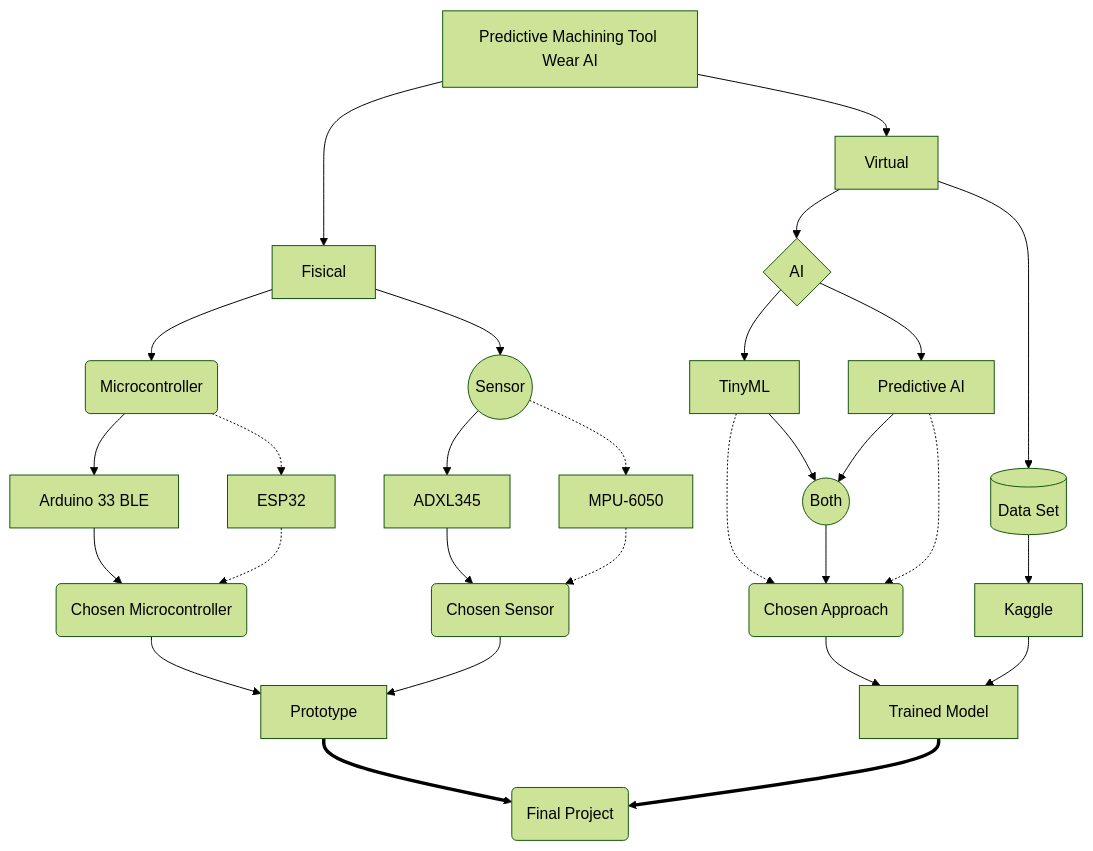
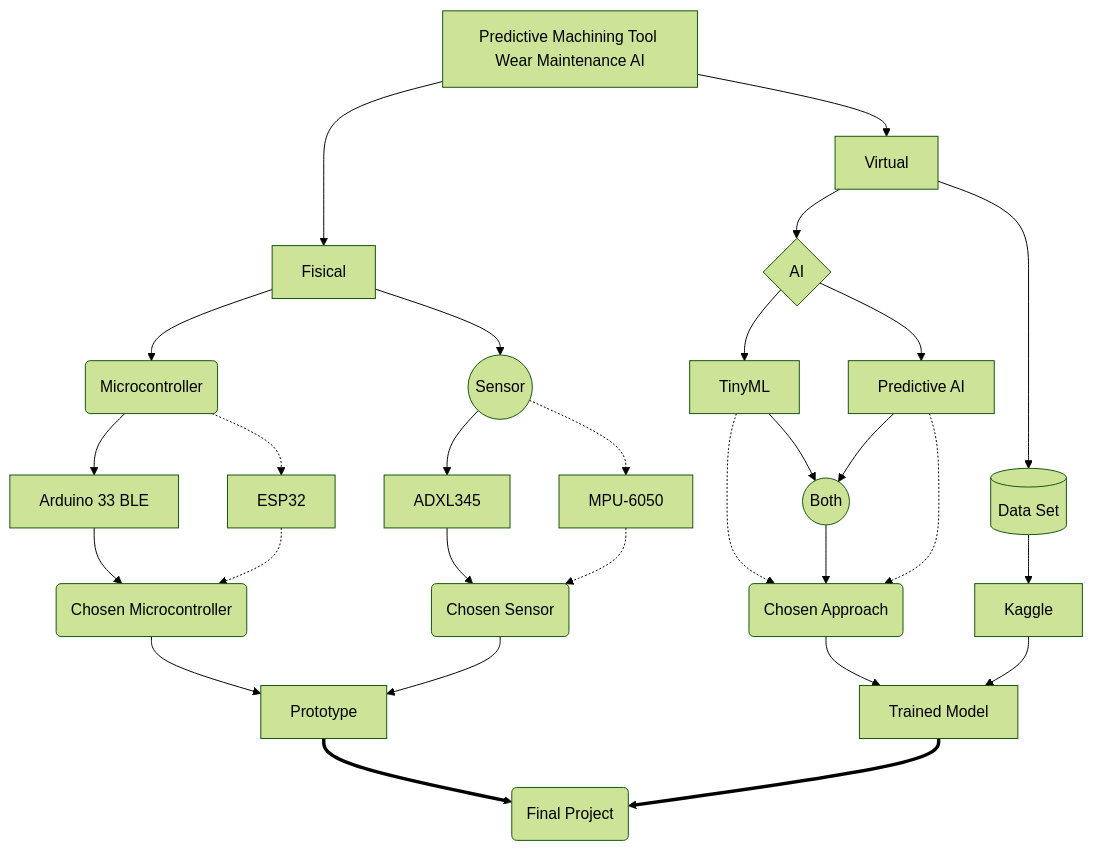
Before and after one commit to PedroZia/Predictive-Machining-Tool-Wear-Maintenance-AI: the diagram in Markdown.md, drawn with Mermaid (forest theme).

````diff
--- a/Markdown.md
+++ b/Markdown.md
@@ -1,21 +1,21 @@
 ```mermaid
 %% Diagrama de Fluxo
 graph TD
-    A[Predictive Machining Tool Wear AI] --> B[Fisical]
+    A[Predictive Machining Tool Wear Maintenance AI] --> B[Fisical]
     A --> C[Virtual]
     B --> D(Microcontroller)
     D --> H[Arduino 33 BLE] --> N
     D -.-> I[ESP32] -.-> N(Chosen Microcontroller) --> P
     B --> E((Sensor))
     E --> J[ADXL345] --> O
     E -.-> K[MPU-6050] -.-> O(Chosen Sensor)
     O --> P[Prototype] ==> S
     C --> F{AI}
     F --> L[TinyML] -.-> Q(Chosen Approach) --> R
     L --> T((Both)) --> Q
     M --> T
     F --> M[Predictive AI] -.-> Q
     C --> G[(Data Set)] 
     G --> Z[Kaggle] --> R[Trained Model]
     R ==> S(Final Project)
 ```
````
